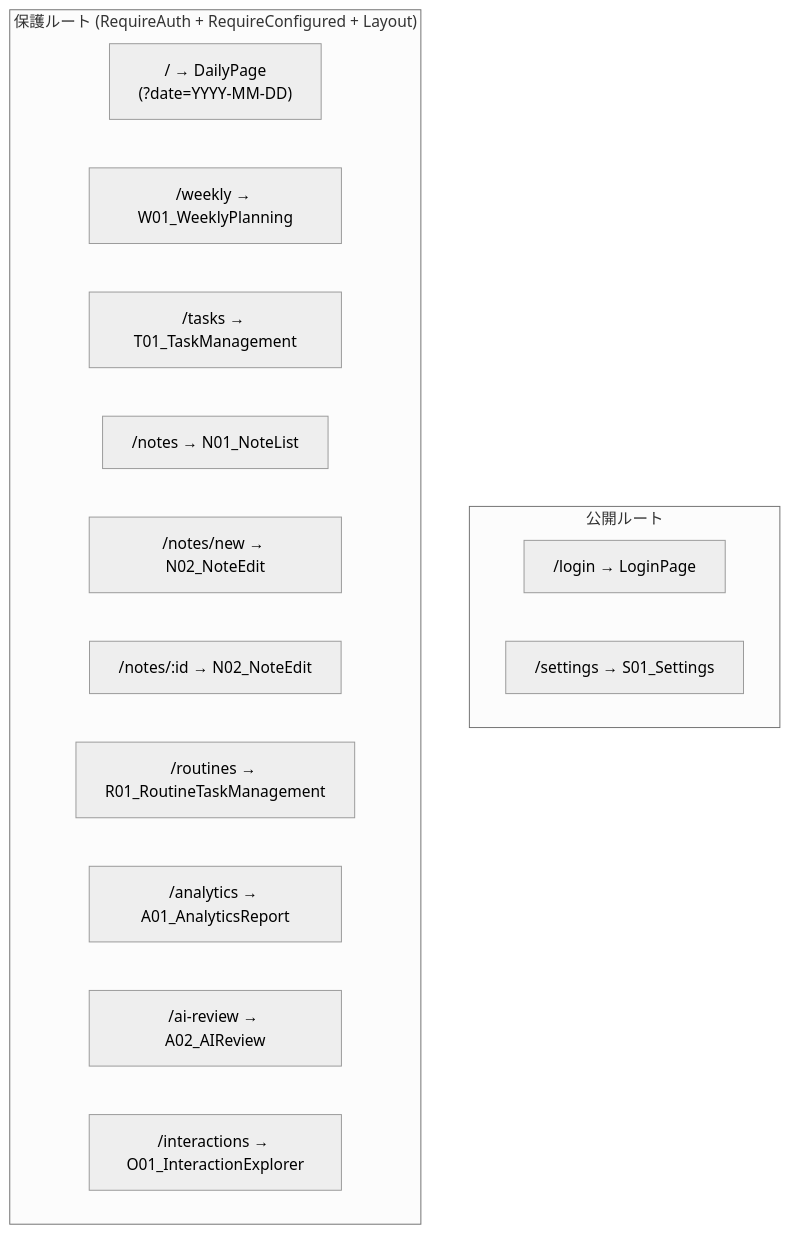
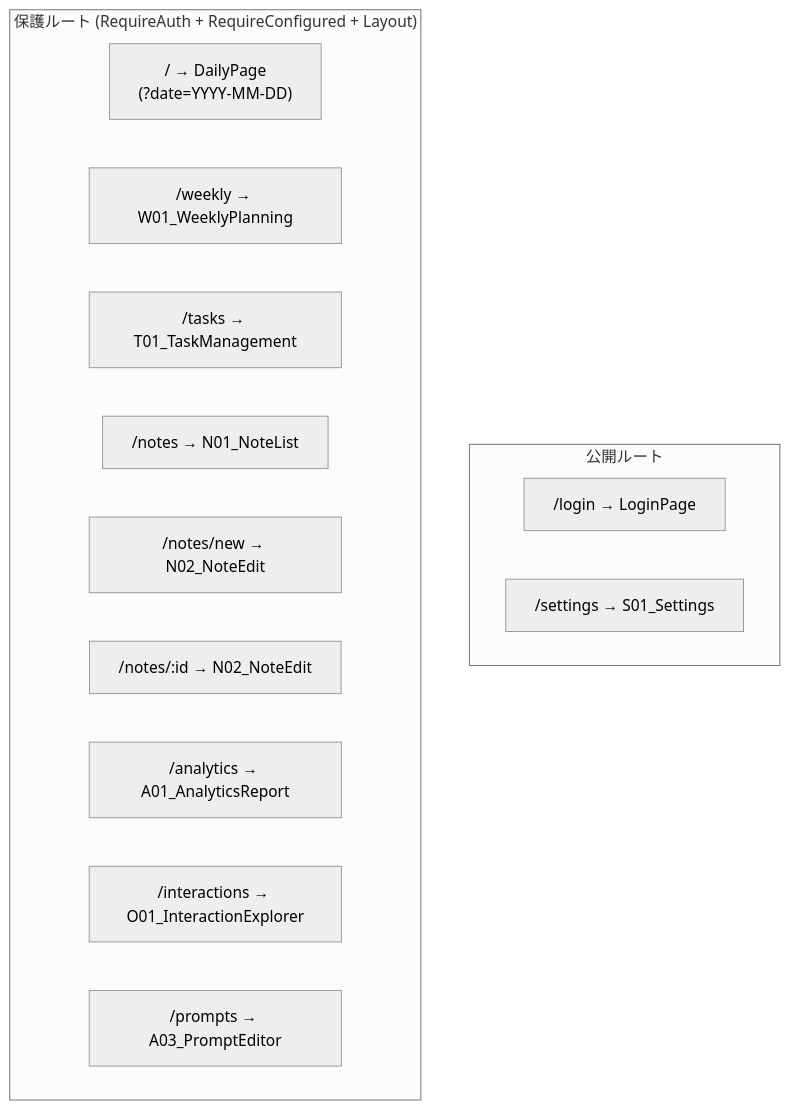
The eighth of 12 diagrams in src/ARCHITECTURE.md (yu-min3/kensan), drawn with Mermaid (neutral theme) before and after one commit. The commit also changed other lines of this file and 172 other files, not shown here.

````diff
--- a/src/ARCHITECTURE.md
+++ b/src/ARCHITECTURE.md
@@ -379,20 +384,19 @@
 ```mermaid
 graph TB
     subgraph "公開ルート"
         Login["/login → LoginPage"]
         Settings["/settings → S01_Settings"]
     end
 
     subgraph "保護ルート (RequireAuth + RequireConfigured + Layout)"
         Daily["/ → DailyPage<br/>(?date=YYYY-MM-DD)"]
         Weekly["/weekly → W01_WeeklyPlanning"]
         TasksRoute["/tasks → T01_TaskManagement"]
         NotesRoute["/notes → N01_NoteList"]
         NoteNew["/notes/new → N02_NoteEdit"]
         NoteEdit["/notes/:id → N02_NoteEdit"]
-        RoutinesRoute["/routines → R01_RoutineTaskManagement"]
         AnalyticsRoute["/analytics → A01_AnalyticsReport"]
-        AIReviewRoute["/ai-review → A02_AIReview"]
         InteractionsRoute["/interactions → O01_InteractionExplorer"]
+        PromptsRoute["/prompts → A03_PromptEditor"]
     end
 ```
````
